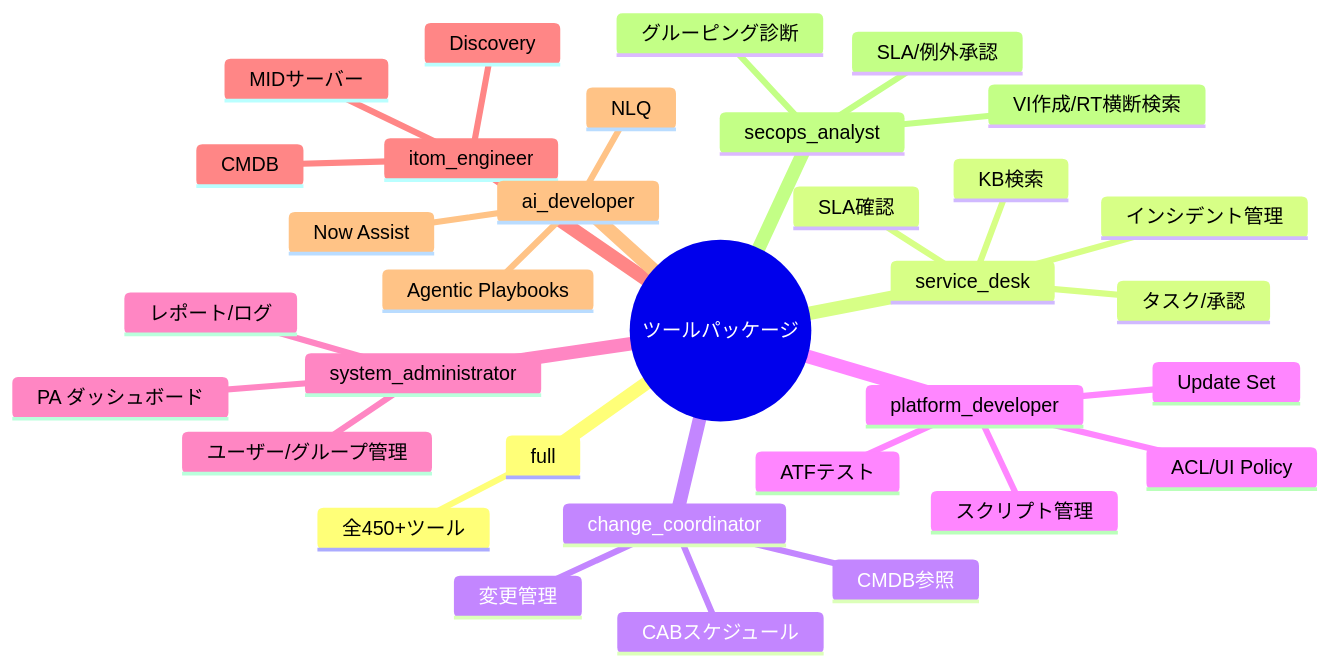
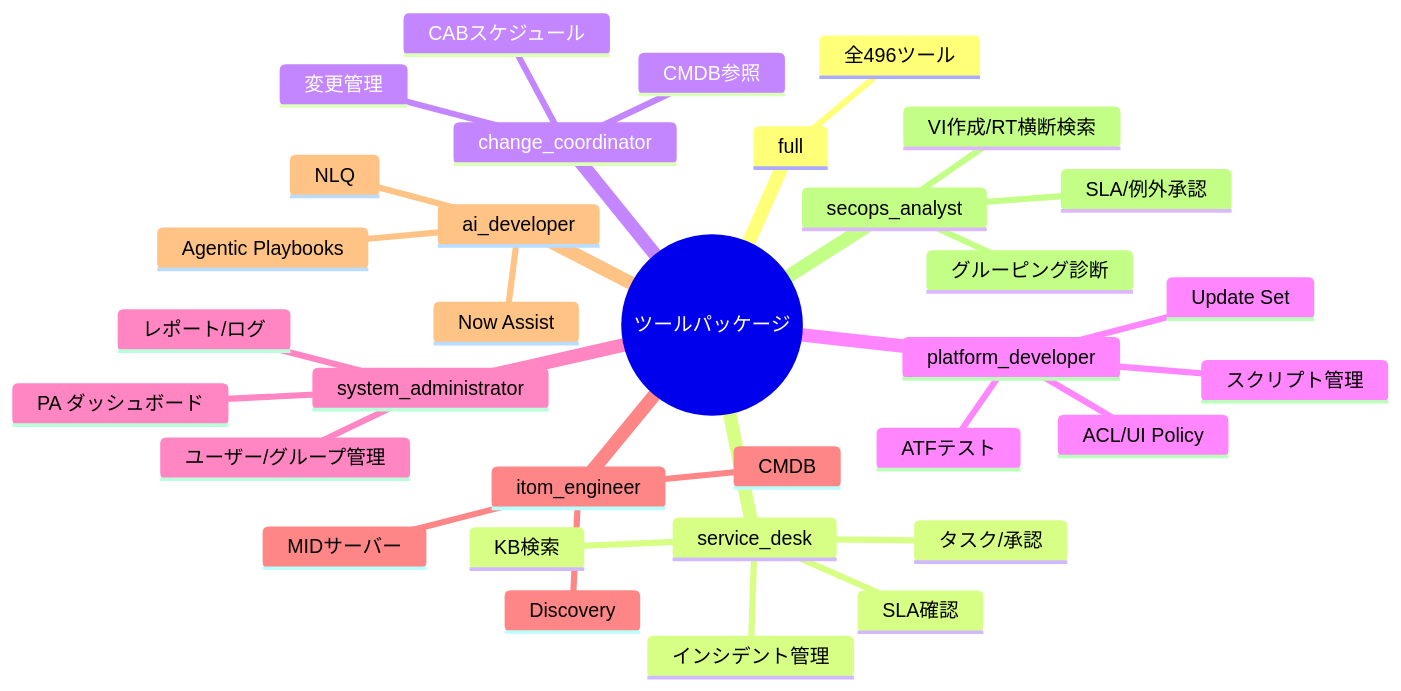
Before and after one commit to tedorigawa001/ServiceNow-MCP: the seventh of 10 diagrams in README.md, drawn with Mermaid. The commit also changed other lines of this file and 4 other files, not shown here.

````diff
--- a/README.md
+++ b/README.md
@@ -565,36 +565,36 @@
 ```mermaid
 mindmap
   root((ツールパッケージ))
     full
-      全450+ツール
+      全496ツール
     service_desk
       インシデント管理
       タスク/承認
       KB検索
       SLA確認
     change_coordinator
       変更管理
       CABスケジュール
       CMDB参照
     platform_developer
       スクリプト管理
       ACL/UI Policy
       ATFテスト
       Update Set
     system_administrator
       ユーザー/グループ管理
       レポート/ログ
       PA ダッシュボード
     itom_engineer
       CMDB
       Discovery
       MIDサーバー
     ai_developer
       Now Assist
       NLQ
       Agentic Playbooks
     secops_analyst
       VI作成/RT横断検索
       グルーピング診断
       SLA/例外承認
 ```
````
